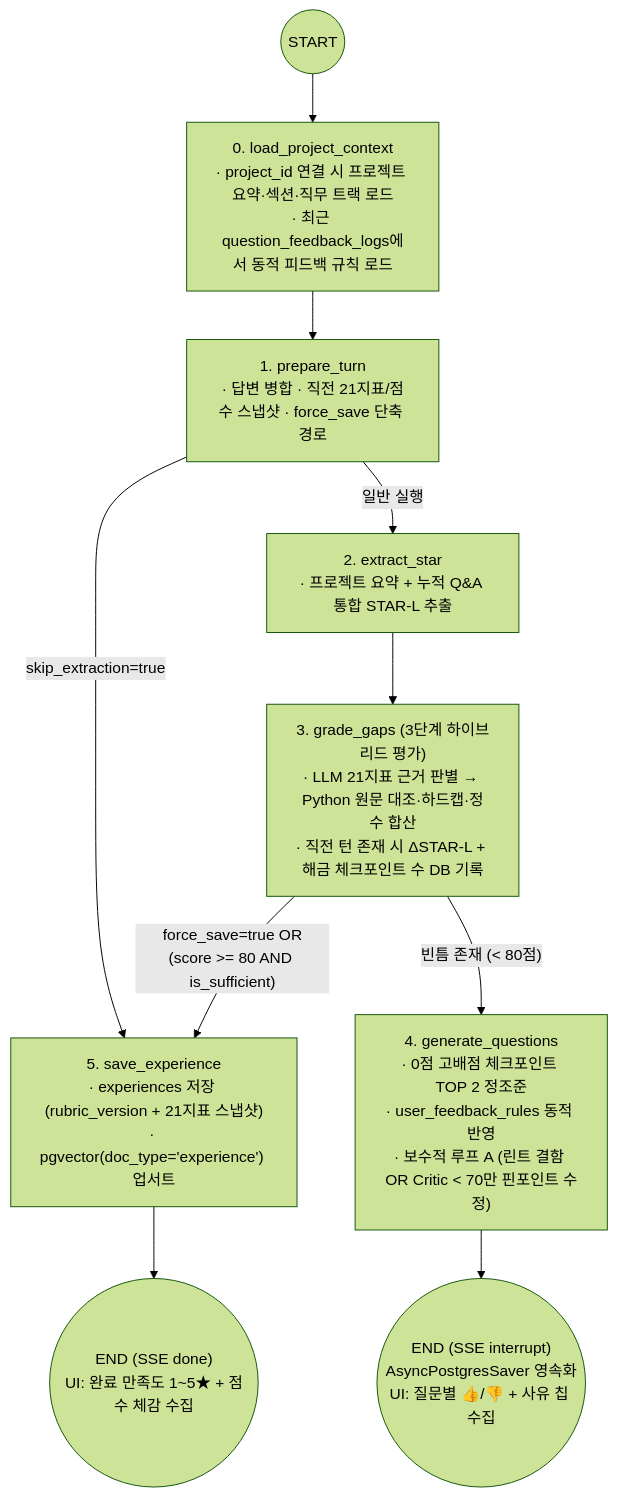
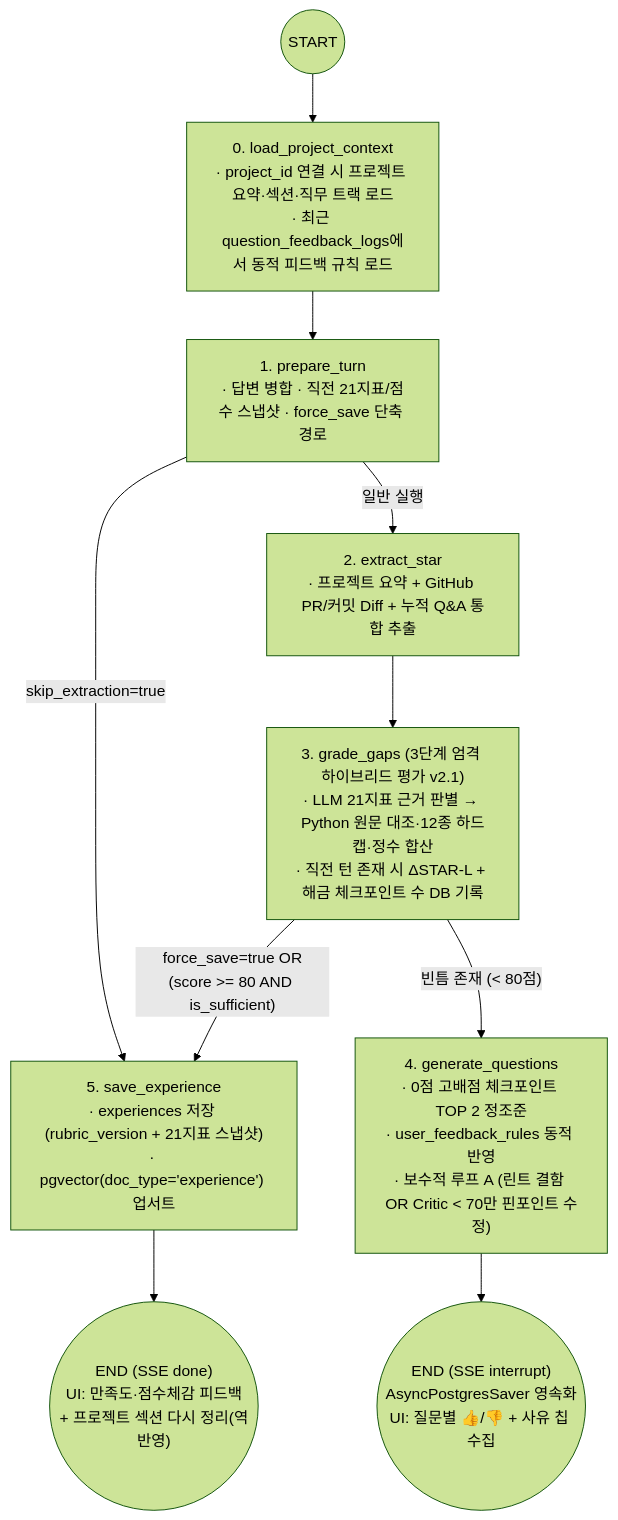
Before and after one commit to KASOP0306/write-on-vibe-lab: the third of 3 diagrams in EXPERIENCE_MINING_ARCHITECTURE.md, drawn with Mermaid (forest theme). The commit also changed other lines of this file and 2 other files, not shown here.

Commit message:
docs: sync EXPERIENCE_MINING_ARCHITECTURE, README, and ARCHITECTURE with STAR-L v2.1, 1000 XP, and GitHub diff mining

````diff
--- a/EXPERIENCE_MINING_ARCHITECTURE.md
+++ b/EXPERIENCE_MINING_ARCHITECTURE.md
@@ -123,16 +130,16 @@
 ```mermaid
 flowchart TD
     S((START)) --> LP["0. load_project_context<br/>· project_id 연결 시 프로젝트 요약·섹션·직무 트랙 로드<br/>· 최근 question_feedback_logs에서 동적 피드백 규칙 로드"]
     LP --> P["1. prepare_turn<br/>· 답변 병합 · 직전 21지표/점수 스냅샷 · force_save 단축 경로"]
 
     P -->|"skip_extraction=true"| SAVE
-    P -->|"일반 실행"| EXT["2. extract_star<br/>· 프로젝트 요약 + 누적 Q&A 통합 STAR-L 추출"]
+    P -->|"일반 실행"| EXT["2. extract_star<br/>· 프로젝트 요약 + GitHub PR/커밋 Diff + 누적 Q&A 통합 추출"]
 
-    EXT --> GRADE["3. grade_gaps (3단계 하이브리드 평가)<br/>· LLM 21지표 근거 판별 → Python 원문 대조·하드캡·정수 합산<br/>· 직전 턴 존재 시 ΔSTAR-L + 해금 체크포인트 수 DB 기록"]
+    EXT --> GRADE["3. grade_gaps (3단계 엄격 하이브리드 평가 v2.1)<br/>· LLM 21지표 근거 판별 → Python 원문 대조·12종 하드캡·정수 합산<br/>· 직전 턴 존재 시 ΔSTAR-L + 해금 체크포인트 수 DB 기록"]
 
     GRADE -->|"force_save=true OR<br/>(score >= 80 AND is_sufficient)"| SAVE["5. save_experience<br/>· experiences 저장 (rubric_version + 21지표 스냅샷)<br/>· pgvector(doc_type='experience') 업서트"]
     GRADE -->|"빈틈 존재 (< 80점)"| Q["4. generate_questions<br/>· 0점 고배점 체크포인트 TOP 2 정조준<br/>· user_feedback_rules 동적 반영<br/>· 보수적 루프 A (린트 결함 OR Critic < 70만 핀포인트 수정)"]
 
     Q --> INT(("END (SSE interrupt)<br/>AsyncPostgresSaver 영속화<br/>UI: 질문별 👍/👎 + 사유 칩 수집"))
-    SAVE --> DONE(("END (SSE done)<br/>UI: 완료 만족도 1~5★ + 점수 체감 수집"))
+    SAVE --> DONE(("END (SSE done)<br/>UI: 만족도·점수체감 피드백<br/>+ 프로젝트 섹션 다시 정리(역반영)"))
 ```
````
